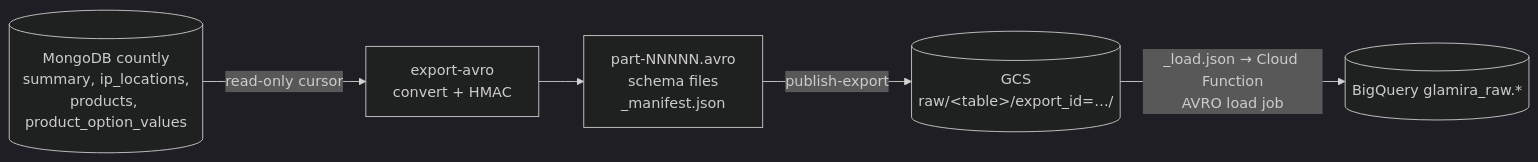
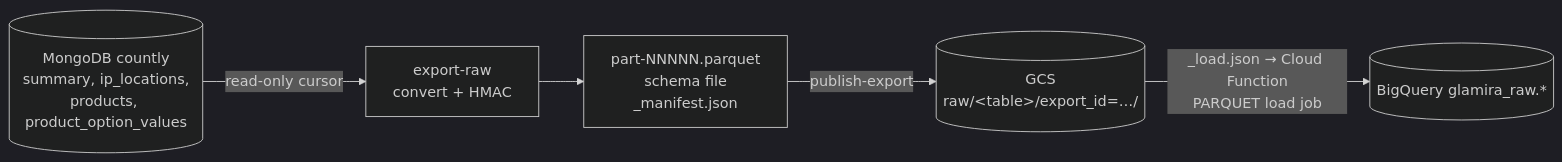
Before and after one commit to ducklemon596/ecommerce-clickstream-pipeline-gcp: the diagram in docs/raw_layer_contract.md, drawn with Mermaid (dark theme). The commit also changed other lines of this file and 12 other files, not shown here.

First line of the commit message:
docs: describe the Parquet raw layer

````diff
--- a/docs/raw_layer_contract.md
+++ b/docs/raw_layer_contract.md
@@ -15,7 +15,7 @@
 ```mermaid
 flowchart LR
-    M[(MongoDB countly<br/>summary, ip_locations,<br/>products, product_option_values)] -->|read-only cursor| C[export-avro<br/>convert + HMAC]
-    C --> F[part-NNNNN.avro<br/>schema files<br/>_manifest.json]
+    M[(MongoDB countly<br/>summary, ip_locations,<br/>products, product_option_values)] -->|read-only cursor| C[export-raw<br/>convert + HMAC]
+    C --> F[part-NNNNN.parquet<br/>schema file<br/>_manifest.json]
     F -->|publish-export| G[(GCS<br/>raw/&lt;table&gt;/export_id=…/)]
-    G -->|_load.json → Cloud Function<br/>AVRO load job| B[(BigQuery glamira_raw.*)]
+    G -->|_load.json → Cloud Function<br/>PARQUET load job| B[(BigQuery glamira_raw.*)]
 ```
````
